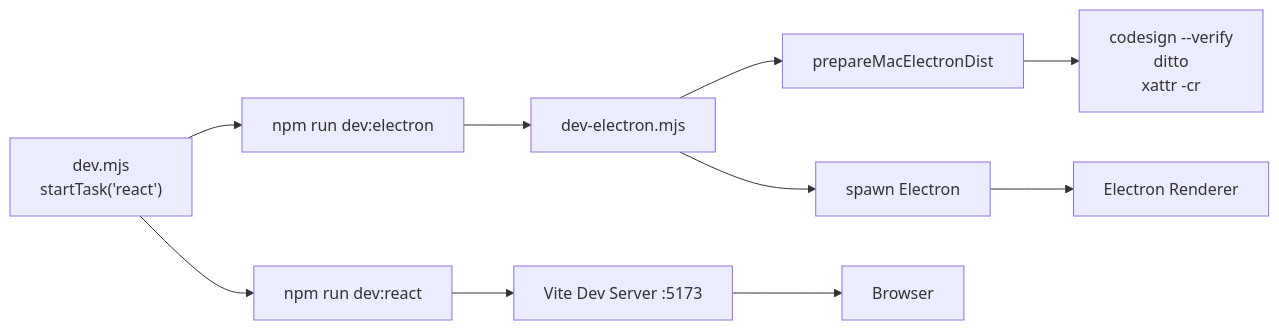
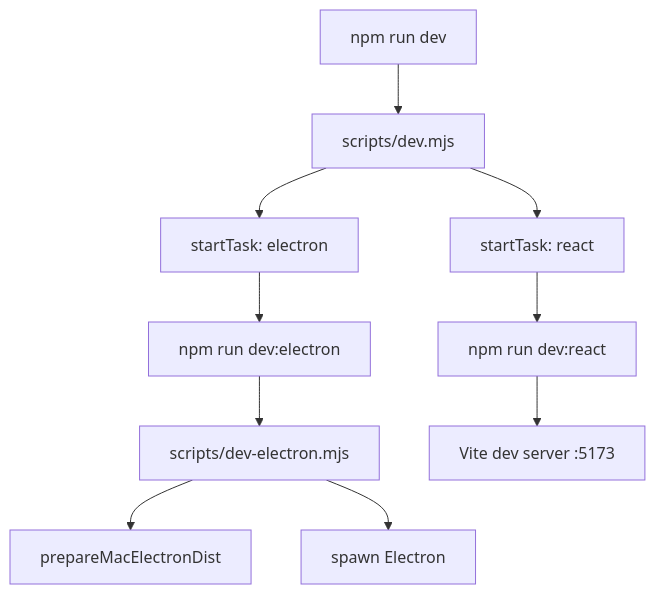
Before and after one commit to lst016/tech-cc-hub: the first of 3 diagrams in .tech/repowiki/zh/content/核心模块规格/工程脚本总览.md, drawn with Mermaid. The commit also changed other lines of this file and 129 other files, not shown here.

````diff
--- a/.tech/repowiki/zh/content/核心模块规格/工程脚本总览.md
+++ b/.tech/repowiki/zh/content/核心模块规格/工程脚本总览.md
@@ -72,12 +76,12 @@
 ```mermaid
-flowchart LR
-    A["dev.mjs<br/>startTask('react')"] --> B["npm run dev:react"]
-    A --> C["npm run dev:electron"]
-    B --> D["Vite Dev Server :5173"]
-    C --> E["dev-electron.mjs"]
-    E --> F["prepareMacElectronDist"]
-    E --> G["spawn Electron"]
-    F --> H["codesign --verify<br/>ditto<br/>xattr -cr"]
-    D --> I["Browser"]
-    G --> J["Electron Renderer"]
+flowchart TD
+    A["npm run dev"] --> B["scripts/dev.mjs"]
+    B --> C["startTask: react"]
+    B --> D["startTask: electron"]
+    C --> E["npm run dev:react"]
+    D --> F["npm run dev:electron"]
+    F --> G["scripts/dev-electron.mjs"]
+    G --> H["prepareMacElectronDist"]
+    G --> I["spawn Electron"]
+    E --> J["Vite dev server :5173"]
 ```
````
